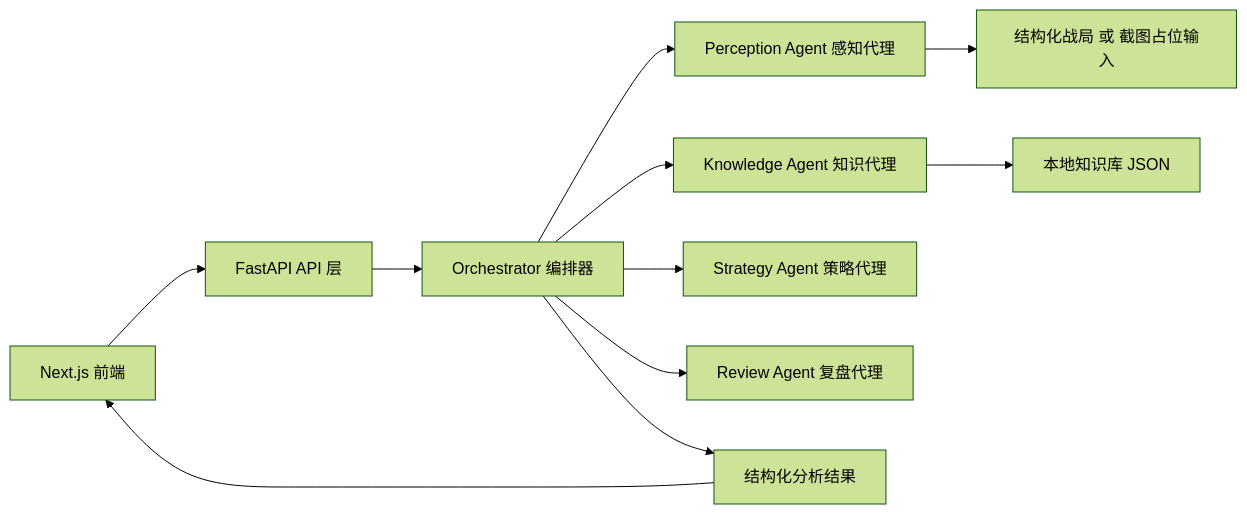
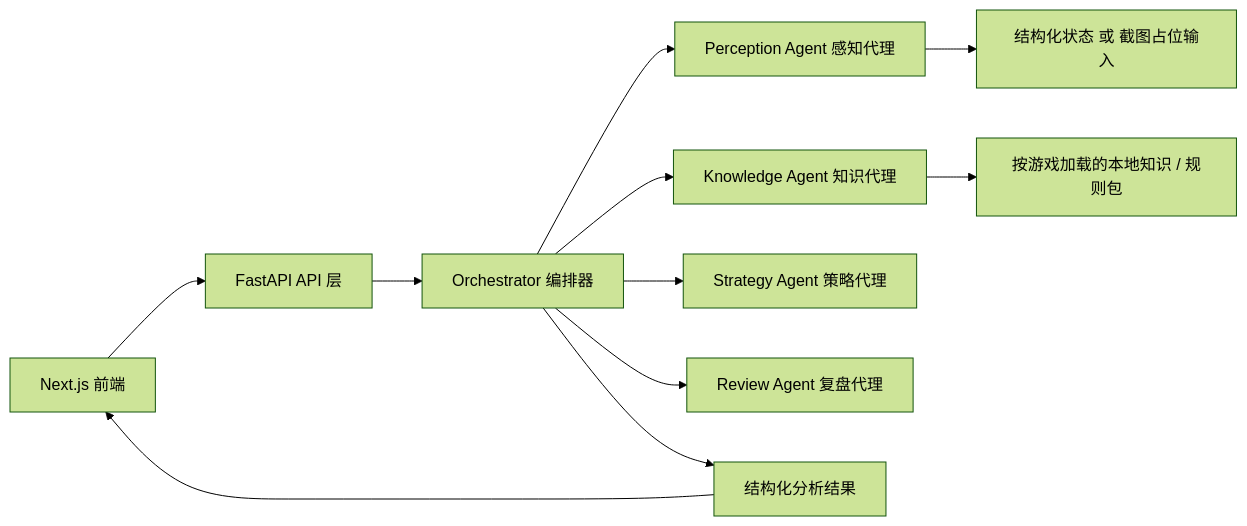
Before and after one commit to calloftheNIGHT2023/gamebuddy-agent: the diagram in README.md, drawn with Mermaid (forest theme). The commit also changed other lines of this file and 34 other files, not shown here.

````diff
--- a/README.md
+++ b/README.md
@@ -81,13 +99,13 @@
 ```mermaid
 flowchart LR
     A[Next.js 前端] --> B[FastAPI API 层]
     B --> C[Orchestrator 编排器]
     C --> D[Perception Agent 感知代理]
     C --> E[Knowledge Agent 知识代理]
     C --> F[Strategy Agent 策略代理]
     C --> G[Review Agent 复盘代理]
-    E --> H[本地知识库 JSON]
-    D --> I[结构化战局 或 截图占位输入]
+    E --> H[按游戏加载的本地知识 / 规则包]
+    D --> I[结构化状态 或 截图占位输入]
     C --> J[结构化分析结果]
     J --> A
 ```
````
